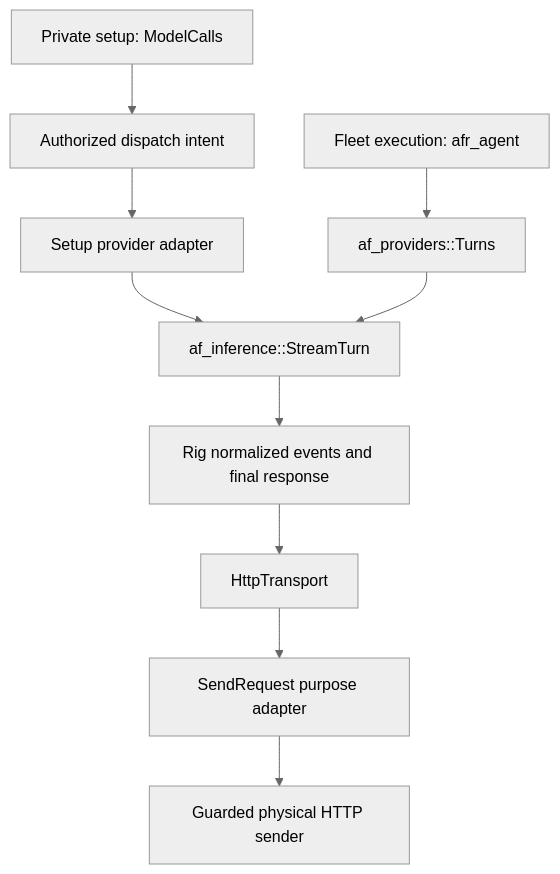
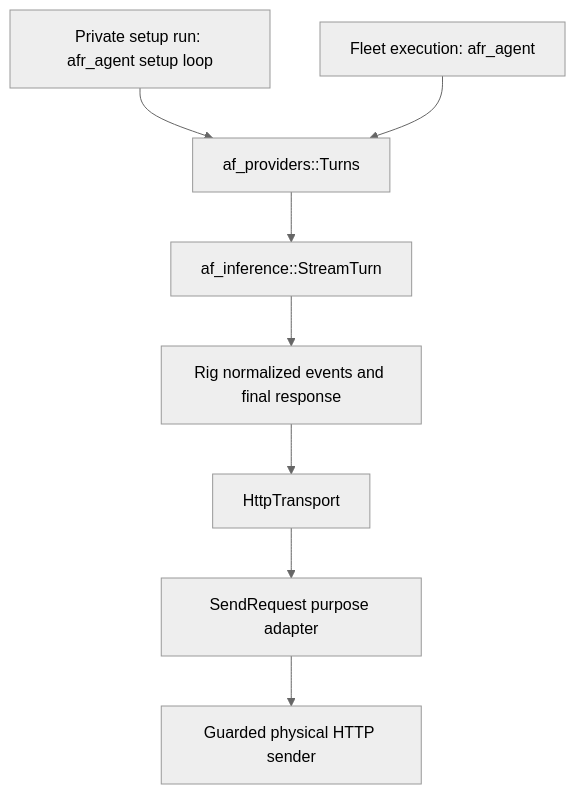
Before and after one commit to agentsfleet/agentsfleet: the first of 2 diagrams in docs/architecture/shared_chat_verification.md, drawn with Mermaid (neutral theme). The commit also changed other lines of this file and 770 other files, not shown here.

````diff
--- a/docs/architecture/shared_chat_verification.md
+++ b/docs/architecture/shared_chat_verification.md
@@ -26,12 +26,10 @@
 ```mermaid
 flowchart TD
-    A[Private setup: ModelCalls] --> B[Authorized dispatch intent]
-    B --> C[Setup provider adapter]
-    D[Fleet execution: afr_agent] --> E[af_providers::Turns]
-    C --> F[af_inference::StreamTurn]
-    E --> F
+    A[Private setup run: afr_agent setup loop] --> E[af_providers::Turns]
+    D[Fleet execution: afr_agent] --> E
+    E --> F[af_inference::StreamTurn]
     F --> G[Rig normalized events and final response]
     G --> H[HttpTransport]
     H --> I[SendRequest purpose adapter]
     I --> J[Guarded physical HTTP sender]
 ```
````
